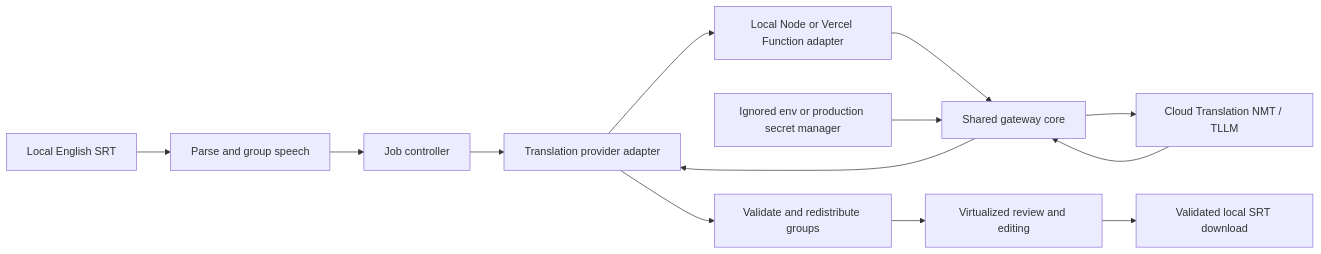
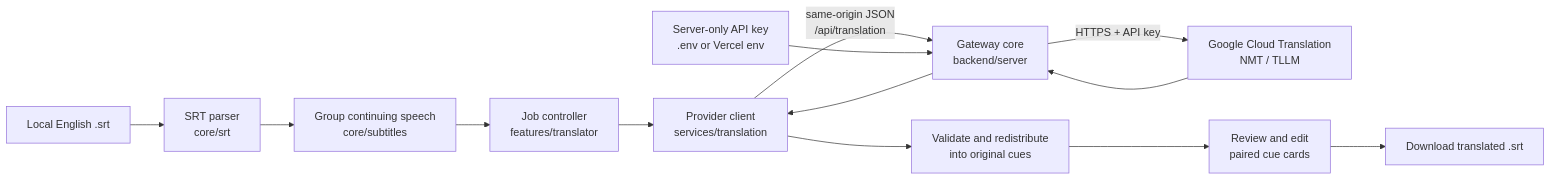
One commit to aaronkr-2026-2/cbnu-soft-eng-software-engineering-project-group-3 changed the first of 2 diagrams in docs/ARCHITECTURE.md. Above: the diagram before and after it, drawn with Mermaid. The commit also changed other lines of this file and 4 other files, not shown here.

First line of the commit message:
docs: restructure architecture document to course format

````diff
--- a/docs/ARCHITECTURE.md
+++ b/docs/ARCHITECTURE.md
@@ -9,15 +37,15 @@
 ```mermaid
 flowchart LR
-    FILE[Local English SRT] --> DOMAIN[Parse and group speech]
-    DOMAIN --> JOB[Job controller]
-    JOB --> CLIENT[Translation provider adapter]
-    CLIENT --> ADAPTER[Local Node or Vercel Function adapter]
-    ADAPTER --> API[Shared gateway core]
-    SECRET[Ignored env or production secret manager] --> API
-    API --> GOOGLE[Cloud Translation NMT / TLLM]
-    GOOGLE --> API
-    API --> CLIENT
-    CLIENT --> MAP[Validate and redistribute groups]
-    MAP --> UI[Virtualized review and editing]
-    UI --> DOWNLOAD[Validated local SRT download]
+    FILE["Local English .srt"] --> PARSE["SRT parser<br/>core/srt"]
+    PARSE --> GROUP["Group continuing speech<br/>core/subtitles"]
+    GROUP --> JOB["Job controller<br/>features/translator"]
+    JOB --> CLIENT["Provider client<br/>services/translation"]
+    CLIENT -->|"same-origin JSON<br/>/api/translation"| GATEWAY["Gateway core<br/>backend/server"]
+    SECRET["Server-only API key<br/>.env or Vercel env"] --> GATEWAY
+    GATEWAY -->|"HTTPS + API key"| GOOGLE["Google Cloud Translation<br/>NMT / TLLM"]
+    GOOGLE --> GATEWAY
+    GATEWAY --> CLIENT
+    CLIENT --> MAP["Validate and redistribute<br/>into original cues"]
+    MAP --> UI["Review and edit<br/>paired cue cards"]
+    UI --> DOWNLOAD["Download translated .srt"]
 ```
````
